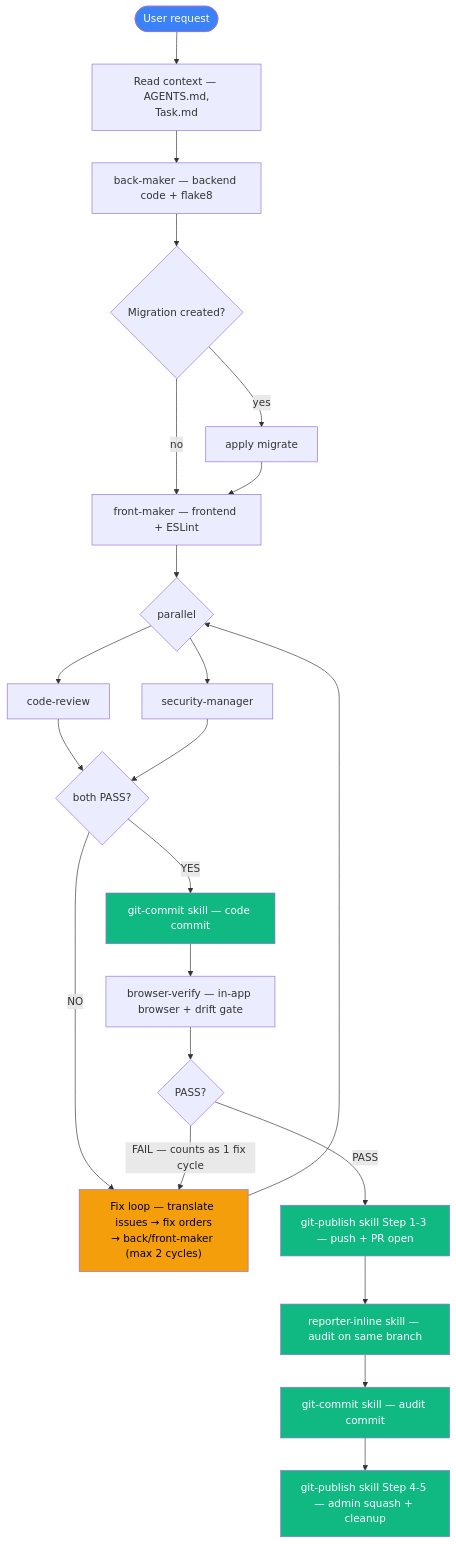
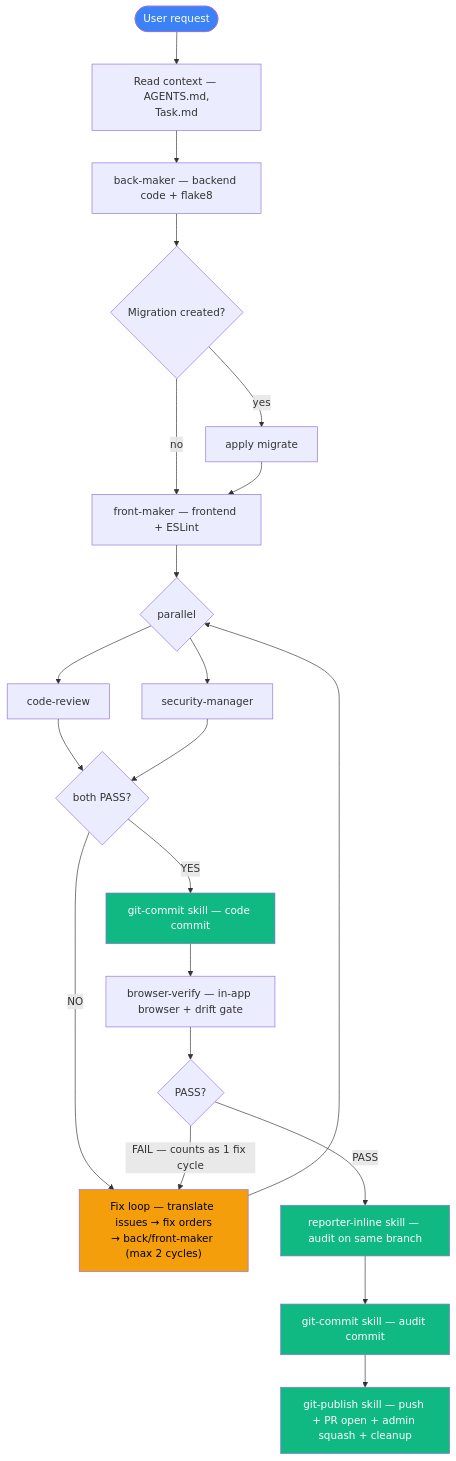
The second of 2 diagrams in .codex/WORKFLOW.md (hongikarchi/archi-tinder), drawn with Mermaid before and after one commit. The commit also changed other lines of this file and 37 other files, not shown here.

````diff
--- a/.codex/WORKFLOW.md
+++ b/.codex/WORKFLOW.md
@@ -83,32 +83,31 @@
 ```mermaid
 flowchart TD
     Start([User request]) --> Ctx[Read context — AGENTS.md,<br/>Task.md]
     Ctx --> BM[back-maker — backend code + flake8]
     BM --> Mig{Migration created?}
     Mig -->|yes| Migrate[apply migrate]
     Mig -->|no| FM
     Migrate --> FM[front-maker — frontend + ESLint]
     FM --> Par{parallel}
     Par --> RV[code-review]
     Par --> SC[security-manager]
     RV --> Dec{both PASS?}
     SC --> Dec
     Dec -->|NO| FL["Fix loop — translate issues → fix orders<br/>→ back/front-maker (max 2 cycles)"]
     FL --> Par
     Dec -->|YES| GC["git-commit skill — code commit"]
     GC --> AT[browser-verify — in-app browser + drift gate]
     AT --> ATv{PASS?}
     ATv -->|FAIL — counts as 1 fix cycle| FL
-    ATv -->|PASS| PG["git-publish skill Step 1-3 — push + PR open"]
-    PG --> RIn["reporter-inline skill — audit on same branch"]
+    ATv -->|PASS| RIn["reporter-inline skill — audit on same branch"]
     RIn --> GC2["git-commit skill — audit commit"]
-    GC2 --> PG4["git-publish skill Step 4-5 — admin squash + cleanup"]
+    GC2 --> PG["git-publish skill — push + PR open + admin squash + cleanup"]
 
     style Start fill:#3b82f6,color:#fff
     style FL fill:#f59e0b,color:#000
     style RIn fill:#10b981,color:#fff
     style GC fill:#10b981,color:#fff
     style GC2 fill:#10b981,color:#fff
     style PG fill:#10b981,color:#fff
-    style PG4 fill:#10b981,color:#fff
+    style PG fill:#10b981,color:#fff
 ```
````
